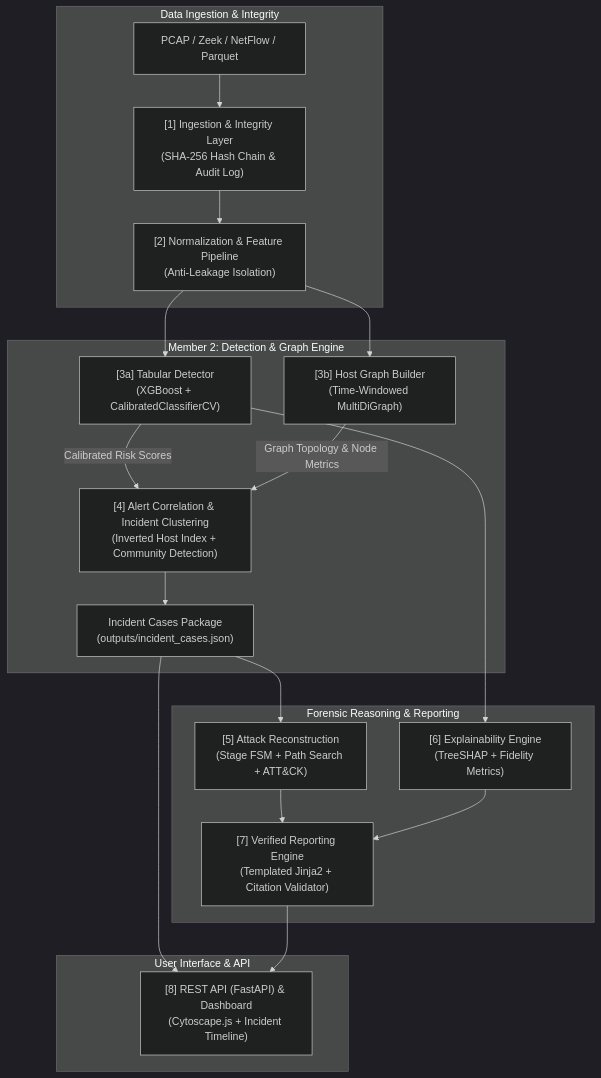
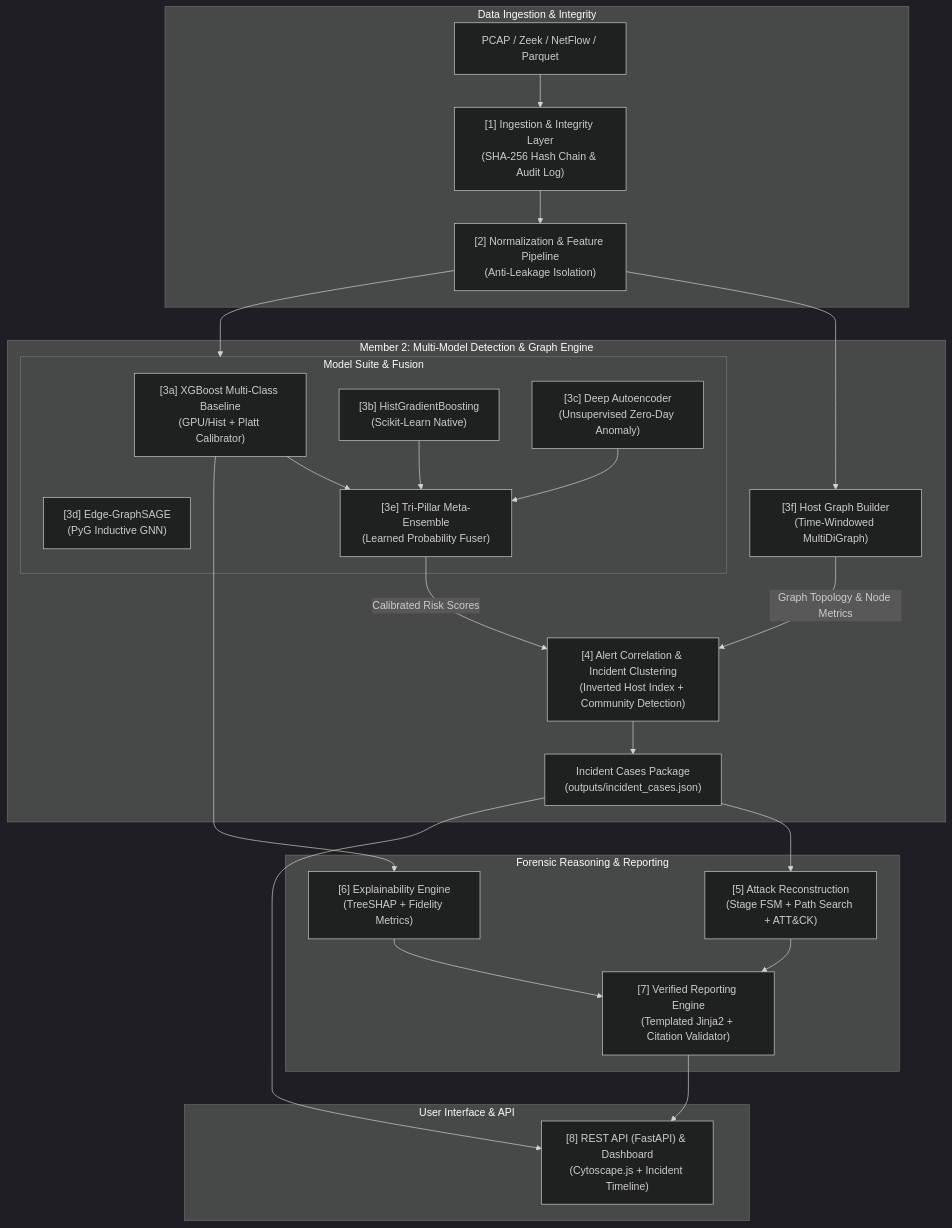
One commit to Sahityasahani1/Evigraph changed the diagram in ARCHITECTURE.md. Above: the diagram before and after it, drawn with Mermaid (dark theme). The commit also changed other lines of this file and 13 other files, not shown here.

````diff
--- a/ARCHITECTURE.md
+++ b/ARCHITECTURE.md
@@ -11,27 +11,37 @@
 ```mermaid
 flowchart TD
     subgraph DataPlane ["Data Ingestion & Integrity"]
         P1["PCAP / Zeek / NetFlow / Parquet"] --> S1["[1] Ingestion & Integrity Layer<br/>(SHA-256 Hash Chain & Audit Log)"]
         S1 --> S2["[2] Normalization & Feature Pipeline<br/>(Anti-Leakage Isolation)"]
     end
 
-    subgraph DetectionPlane ["Member 2: Detection & Graph Engine"]
-        S2 --> S3A["[3a] Tabular Detector<br/>(XGBoost + CalibratedClassifierCV)"]
-        S2 --> S3B["[3b] Host Graph Builder<br/>(Time-Windowed MultiDiGraph)"]
-        S3A -->|Calibrated Risk Scores| S4["[4] Alert Correlation & Incident Clustering<br/>(Inverted Host Index + Community Detection)"]
-        S3B -->|Graph Topology & Node Metrics| S4
+    subgraph DetectionPlane ["Member 2: Multi-Model Detection & Graph Engine"]
+        S2 --> S3_SUITE["[3] Multi-Model Detection Suite"]
+        subgraph S3_SUITE ["Model Suite & Fusion"]
+            S3A["[3a] XGBoost Multi-Class Baseline<br/>(GPU/Hist + Platt Calibrator)"]
+            S3B["[3b] HistGradientBoosting<br/>(Scikit-Learn Native)"]
+            S3C["[3c] Deep Autoencoder<br/>(Unsupervised Zero-Day Anomaly)"]
+            S3D["[3d] Edge-GraphSAGE<br/>(PyG Inductive GNN)"]
+            S3E["[3e] Tri-Pillar Meta-Ensemble<br/>(Learned Probability Fuser)"]
+            S3A --> S3E
+            S3B --> S3E
+            S3C --> S3E
+        end
+        S2 --> S3_GRAPH["[3f] Host Graph Builder<br/>(Time-Windowed MultiDiGraph)"]
+        S3E -->|Calibrated Risk Scores| S4["[4] Alert Correlation & Incident Clustering<br/>(Inverted Host Index + Community Detection)"]
+        S3_GRAPH -->|Graph Topology & Node Metrics| S4
         S4 --> S4_OUT["Incident Cases Package<br/>(outputs/incident_cases.json)"]
     end
 
     subgraph ReasoningPlane ["Forensic Reasoning & Reporting"]
         S4_OUT --> S5["[5] Attack Reconstruction<br/>(Stage FSM + Path Search + ATT&CK)"]
         S3A --> S6["[6] Explainability Engine<br/>(TreeSHAP + Fidelity Metrics)"]
         S5 --> S7["[7] Verified Reporting Engine<br/>(Templated Jinja2 + Citation Validator)"]
         S6 --> S7
     end
 
     subgraph PresentationPlane ["User Interface & API"]
         S4_OUT --> S8["[8] REST API (FastAPI) & Dashboard<br/>(Cytoscape.js + Incident Timeline)"]
         S7 --> S8
     end
 ```
````
